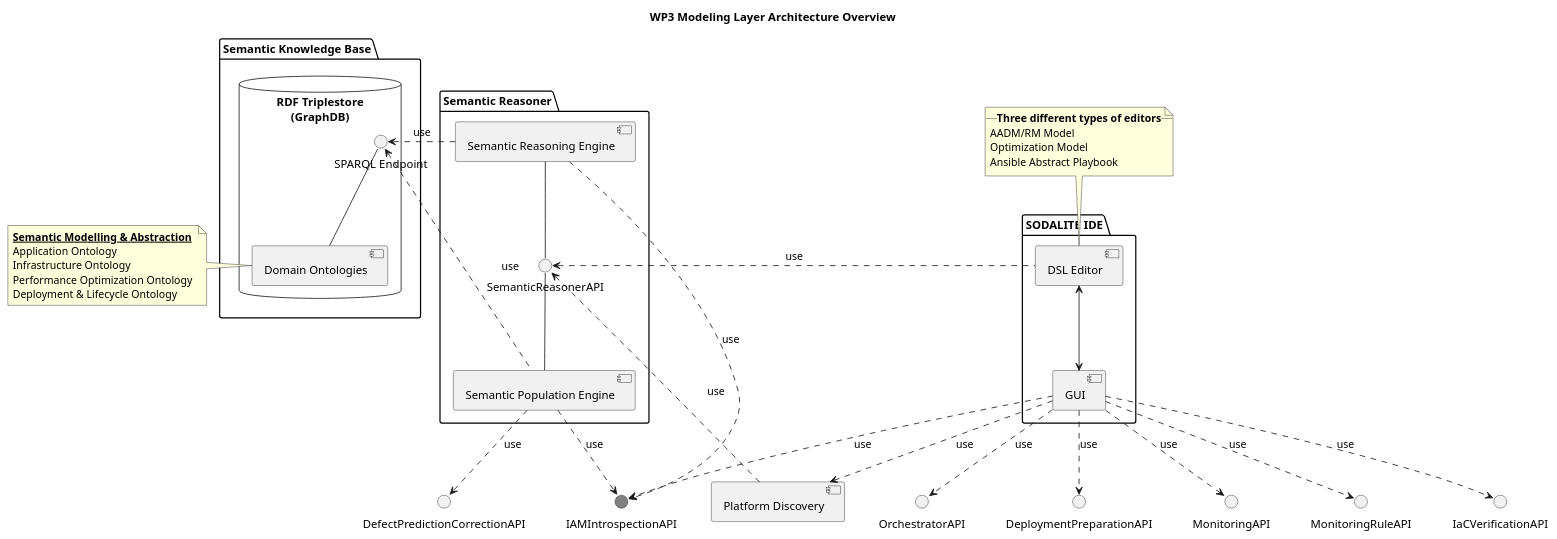
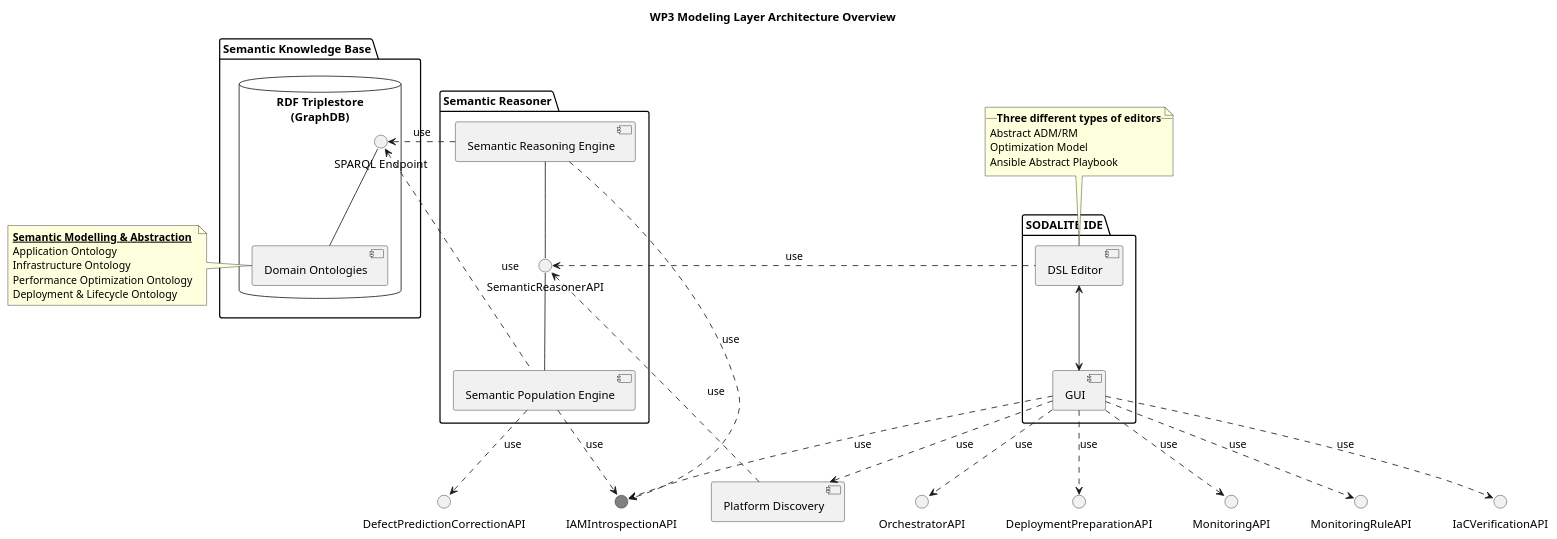
One commit to SODALITE-EU/project-wide-documentation changed the diagram in uml/component-diagrams/CD-WP3-ArchitectureOverview.puml. Above: the diagram before and after it, drawn with PlantUML.

Commit message:
WP3 component diagram - editors added

```diff
--- a/uml/component-diagrams/CD-WP3-ArchitectureOverview.puml
+++ b/uml/component-diagrams/CD-WP3-ArchitectureOverview.puml
@@ -1,67 +1,67 @@
 @startuml
 
 title WP3 Modeling Layer Architecture Overview
 
 interface "IAMIntrospectionAPI" as AAUAPI #808080 
 interface "DeploymentPreparationAPI" as deploymentPreparationAPI
 interface "DefectPredictionCorrectionAPI" as correctionAPI
 interface "MonitoringAPI" as monitoringAPI
 interface "MonitoringRuleAPI" as monitoringRuleAPI
 interface "IaCVerificationAPI" as iacverificationAPI
 interface "OrchestratorAPI" as orchestratorAPI
 
 component "Platform Discovery" as PDS 
 package "SODALITE IDE" as IDE {
     component [DSL Editor] as ideDSLeditor
     component [GUI] as ideGUI
 }
 
 note top of [ideDSLeditor]
  __**Three different types of editors**__
- AADM/RM Model
+ Abstract ADM/RM
  Optimization Model
  Ansible Abstract Playbook
 end note
 
 package "Semantic Reasoner" as res {
     interface "SemanticReasonerAPI" as resAPI
     component [Semantic Population Engine] as resPopulationEngine
     component [Semantic Reasoning Engine] as resReasoningEngine
 }
 
 package "Semantic Knowledge Base" as repo {
     database "RDF Triplestore\n(GraphDB)" as triplestore {
         interface "SPARQL Endpoint" as repoEndpoint
         component [Domain Ontologies] as repoOntologies
     }
 }
 
 note left of repoOntologies
    __**Semantic Modelling & Abstraction**__ 
    Application Ontology
    Infrastructure Ontology
    Performance Optimization Ontology
    Deployment & Lifecycle Ontology
 end note
 
 ideGUI ..> PDS : use
 PDS ..> resAPI : use
 resAPI -down- resPopulationEngine
 resAPI -up- resReasoningEngine
 ideDSLeditor .left.> resAPI: use
 ideDSLeditor <-down-> ideGUI
 repoOntologies -up- repoEndpoint
 resPopulationEngine .left.> repoEndpoint: use
 resReasoningEngine .left.> repoEndpoint: use
 resReasoningEngine ..> AAUAPI: use
 resPopulationEngine ..> correctionAPI: use
 resPopulationEngine ..> AAUAPI: use
 ideGUI ..> deploymentPreparationAPI : use
 ideGUI ..> monitoringAPI : use
 ideGUI ..> monitoringRuleAPI : use
 ideGUI ..> iacverificationAPI : use
 ideGUI ..> orchestratorAPI : use
 ideGUI ..> AAUAPI: use
 
 
 @enduml
```
